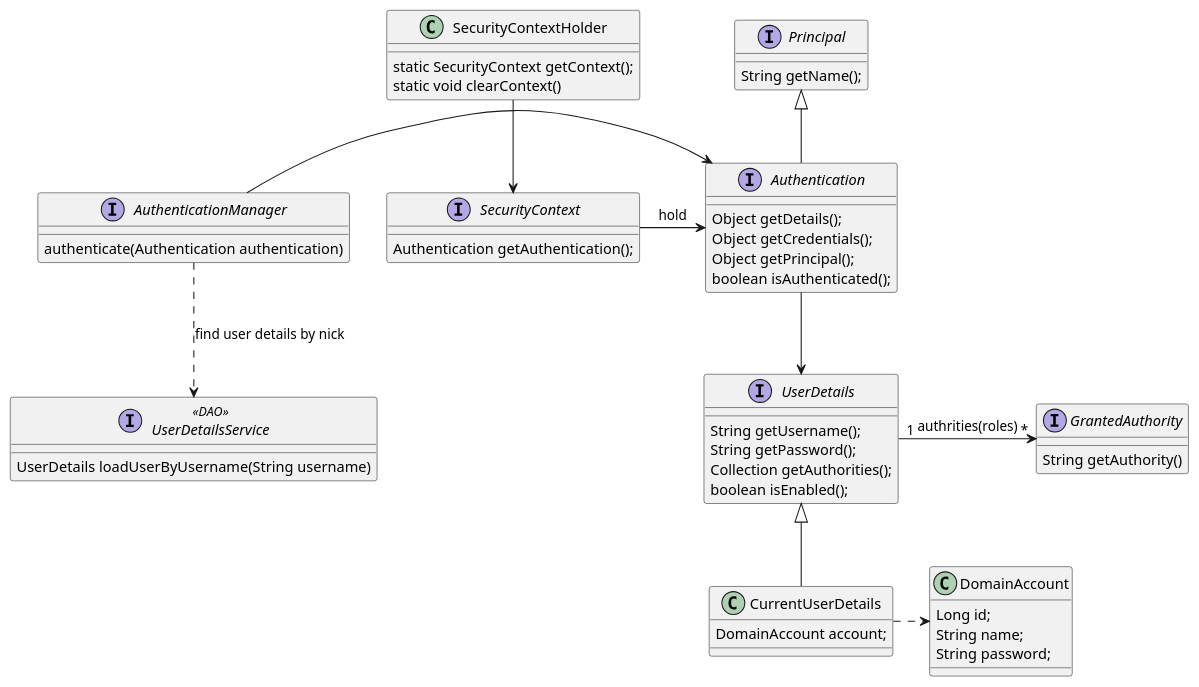
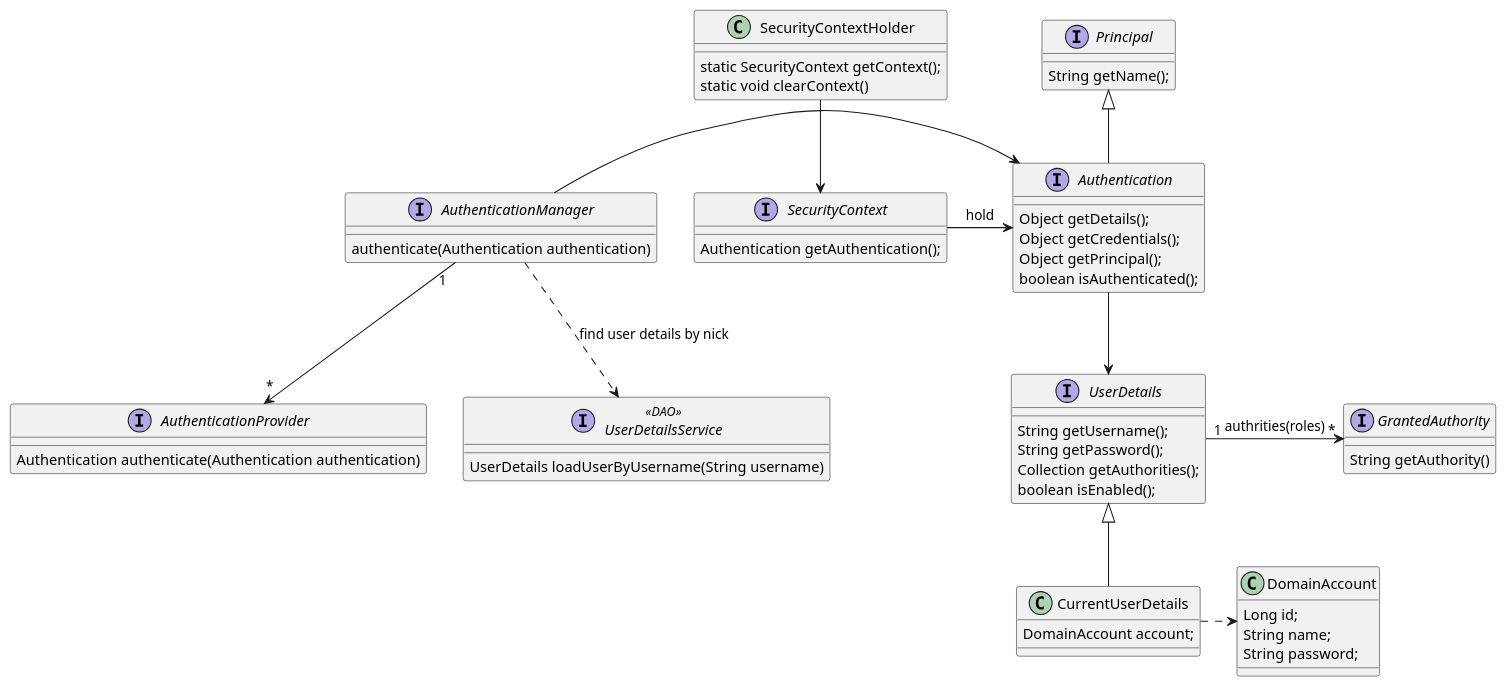
The diagram in src/main/uml/security-class.puml (linux-china/spring-security-demo), drawn with PlantUML before and after one commit.

Commit message:
add authentication provider

```diff
--- a/src/main/uml/security-class.puml
+++ b/src/main/uml/security-class.puml
@@ -1,59 +1,63 @@
 @startuml
 
 interface UserDetails  {
   String getUsername();
   String getPassword();
   Collection getAuthorities();
   boolean isEnabled();
 }
 
 interface GrantedAuthority{
    String getAuthority()
 }
 class DomainAccount {
    Long id;
    String name;
    String password;
 }
 class CurrentUserDetails {
    DomainAccount account;
 }
 UserDetails "1" -right-> "*" GrantedAuthority: authrities(roles)
 CurrentUserDetails -up-|> UserDetails
 CurrentUserDetails .right.> DomainAccount
 
 interface Principal {
   String getName();
 }
 interface Authentication {
   Object getDetails();
   Object getCredentials();
   Object getPrincipal();
   boolean isAuthenticated();
 }
 Authentication -up-|> Principal
 Authentication --> UserDetails
 
+interface AuthenticationProvider {
+   Authentication authenticate(Authentication authentication)
+}
 interface AuthenticationManager {
    authenticate(Authentication authentication)
 }
 
 interface UserDetailsService <<DAO>> {
    UserDetails loadUserByUsername(String username)
 }
 
+AuthenticationManager "1" --> "*" AuthenticationProvider
 AuthenticationManager ..> UserDetailsService: find user details by nick
 AuthenticationManager -> Authentication
 
 class SecurityContextHolder {
    static SecurityContext getContext();
    static void clearContext()
 }
 interface SecurityContext {
    Authentication getAuthentication();
 }
 SecurityContextHolder -down-> SecurityContext
 SecurityContext -right-> Authentication: hold
 
 
 @enduml
```
